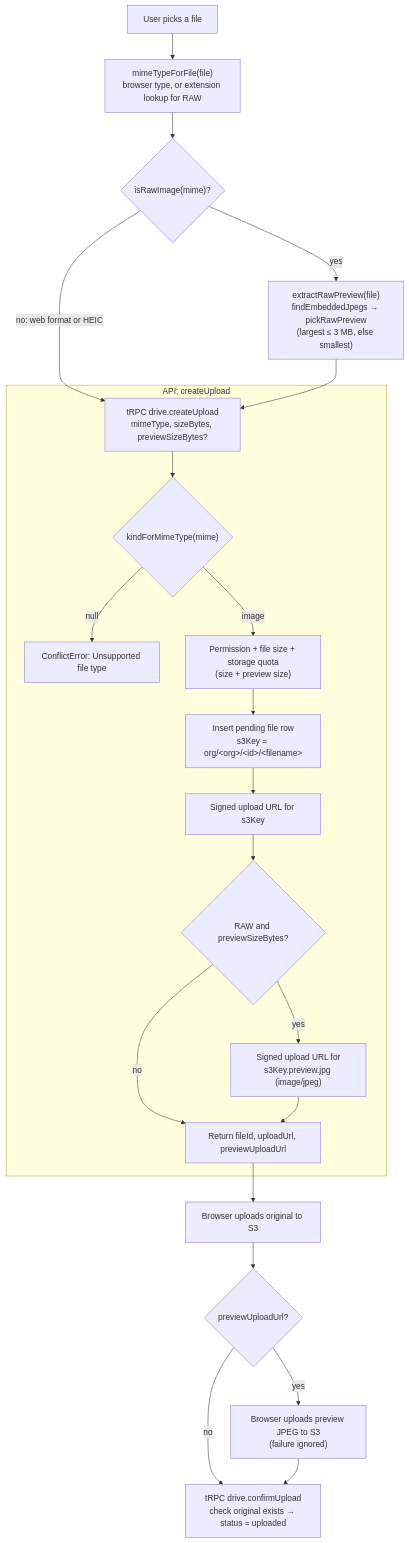
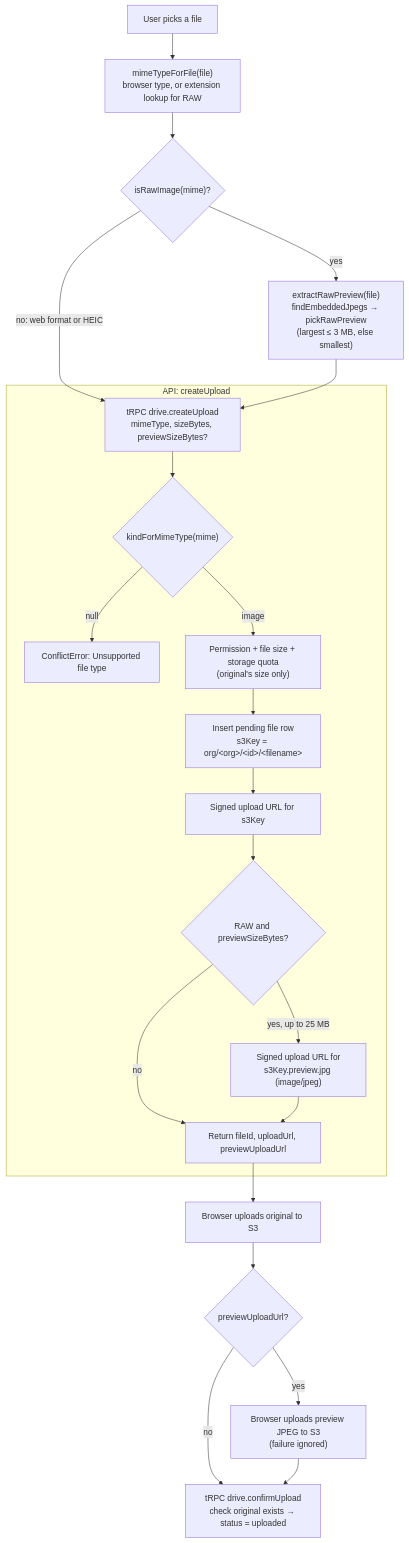
The first of 3 diagrams in packages/modules/src/drive/README.md (FaXaq/echo), drawn with Mermaid before and after one commit. The commit also changed other lines of this file and 3 other files, not shown here.

````diff
--- a/packages/modules/src/drive/README.md
+++ b/packages/modules/src/drive/README.md
@@ -17,26 +17,26 @@
 ```mermaid
 flowchart TD
     A[User picks a file] --> B["mimeTypeForFile(file)<br/>browser type, or extension lookup for RAW"]
     B --> C{"isRawImage(mime)?"}
     C -- "no: web format or HEIC" --> E
     C -- yes --> D["extractRawPreview(file)<br/>findEmbeddedJpegs → pickRawPreview<br/>(largest ≤ 3 MB, else smallest)"]
     D --> E["tRPC drive.createUpload<br/>mimeType, sizeBytes, previewSizeBytes?"]
 
     subgraph API ["API: createUpload"]
         E --> F{"kindForMimeType(mime)"}
         F -- null --> X[ConflictError: Unsupported file type]
-        F -- image --> G["Permission + file size + storage quota<br/>(size + preview size)"]
+        F -- image --> G["Permission + file size + storage quota<br/>(original's size only)"]
         G --> H["Insert pending file row<br/>s3Key = org/&lt;org&gt;/&lt;id&gt;/&lt;filename&gt;"]
         H --> I["Signed upload URL for s3Key"]
         I --> J{"RAW and previewSizeBytes?"}
-        J -- yes --> K["Signed upload URL for<br/>s3Key.preview.jpg (image/jpeg)"]
+        J -- "yes, up to 25 MB" --> K["Signed upload URL for<br/>s3Key.preview.jpg (image/jpeg)"]
         J -- no --> L
         K --> L["Return fileId, uploadUrl, previewUploadUrl"]
     end
 
     L --> M["Browser uploads original to S3"]
     M --> N{"previewUploadUrl?"}
     N -- yes --> O["Browser uploads preview JPEG to S3<br/>(failure ignored)"]
     N -- no --> P
     O --> P["tRPC drive.confirmUpload<br/>check original exists → status = uploaded"]
 ```
````
